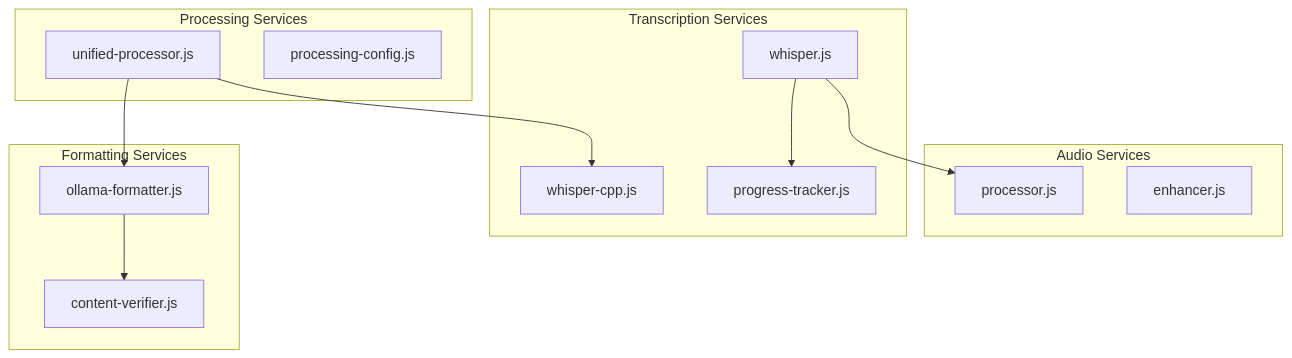
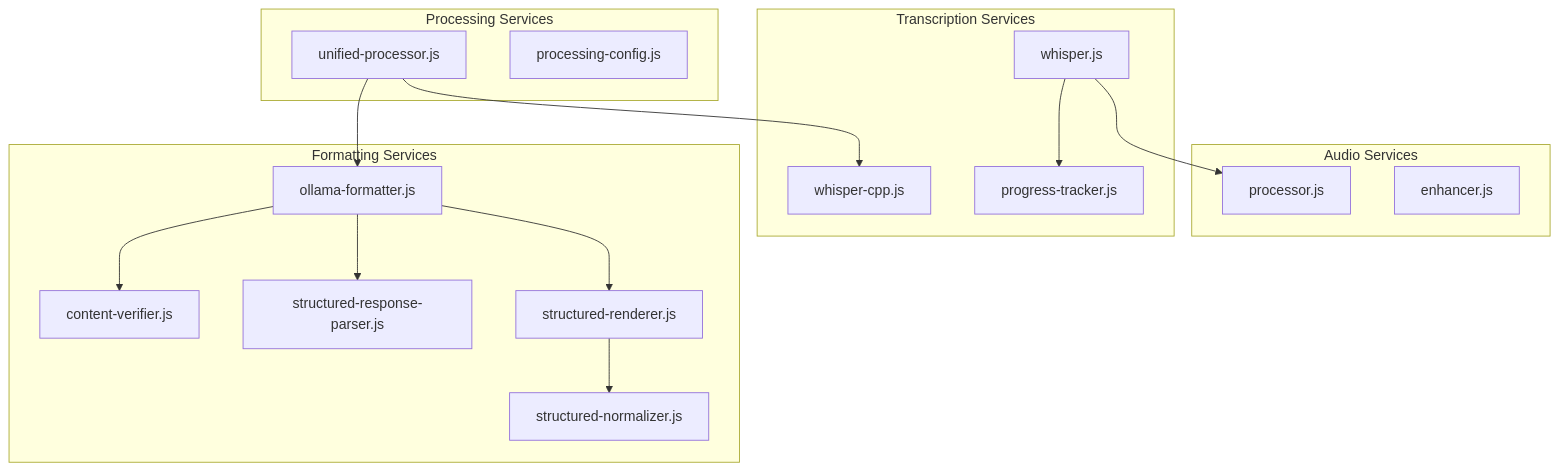
The fourth of 9 diagrams in docs/design/system-architecture.md (marchatton/doctor-dictate), drawn with Mermaid before and after one commit. The commit also changed other lines of this file, not shown here.

Commit message:
docs: capture structured formatting flow in architecture

````diff
--- a/docs/design/system-architecture.md
+++ b/docs/design/system-architecture.md
@@ -119,29 +119,35 @@
 ```mermaid
 graph TB
     subgraph "Audio Services"
         AudioProcessor[processor.js]
         AudioEnhancer[enhancer.js]
     end
 
     subgraph "Transcription Services"
         WhisperTranscriber[whisper.js]
         WhisperCpp[whisper-cpp.js]
         ProgressTracker[progress-tracker.js]
     end
 
     subgraph "Formatting Services"
         OllamaFormatter[ollama-formatter.js]
         ContentVerifier[content-verifier.js]
+        StructuredParser[structured-response-parser.js]
+        StructuredRenderer[structured-renderer.js]
+        StructuredNormalizer[structured-normalizer.js]
     end
 
     subgraph "Processing Services"
         UnifiedProcessor[unified-processor.js]
         ProcessingConfig[processing-config.js]
     end
 
     UnifiedProcessor --> WhisperCpp
     UnifiedProcessor --> OllamaFormatter
     WhisperTranscriber --> AudioProcessor
     WhisperTranscriber --> ProgressTracker
     OllamaFormatter --> ContentVerifier
+    OllamaFormatter --> StructuredParser
+    OllamaFormatter --> StructuredRenderer
+    StructuredRenderer --> StructuredNormalizer
 ```
````
